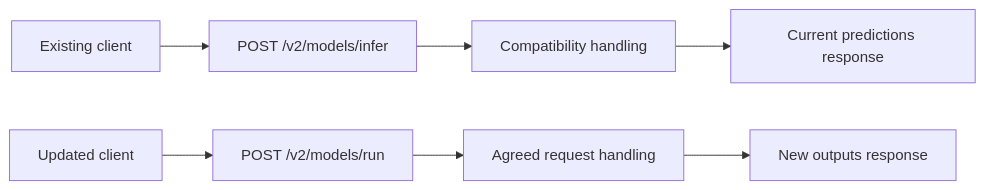
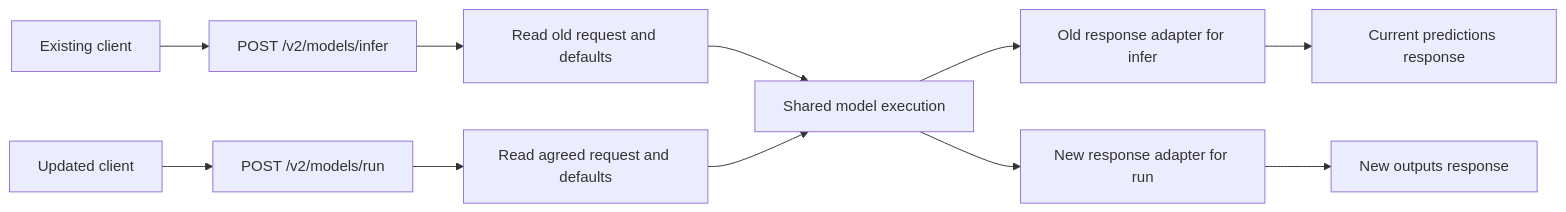
The third of 4 diagrams in plans/v2-api/01-shared-contract.md (roboflow/inference), drawn with Mermaid before and after one commit. The commit also changed other lines of this file, not shown here.

````diff
--- a/plans/v2-api/01-shared-contract.md
+++ b/plans/v2-api/01-shared-contract.md
@@ -190,9 +190,13 @@
 ```mermaid
 flowchart LR
     Old[Existing client] --> Infer[POST /v2/models/infer]
-    Infer --> Adapter[Compatibility handling]
-    Adapter --> Predictions[Current predictions response]
+    Infer --> OldInput[Read old request and defaults]
     New[Updated client] --> Run[POST /v2/models/run]
-    Run --> Contract[Agreed request handling]
-    Contract --> Outputs[New outputs response]
+    Run --> NewInput[Read agreed request and defaults]
+    OldInput --> Core[Shared model execution]
+    NewInput --> Core
+    Core --> OldOutput[Old response adapter for infer]
+    Core --> NewOutput[New response adapter for run]
+    OldOutput --> Predictions[Current predictions response]
+    NewOutput --> Outputs[New outputs response]
 ```
````
